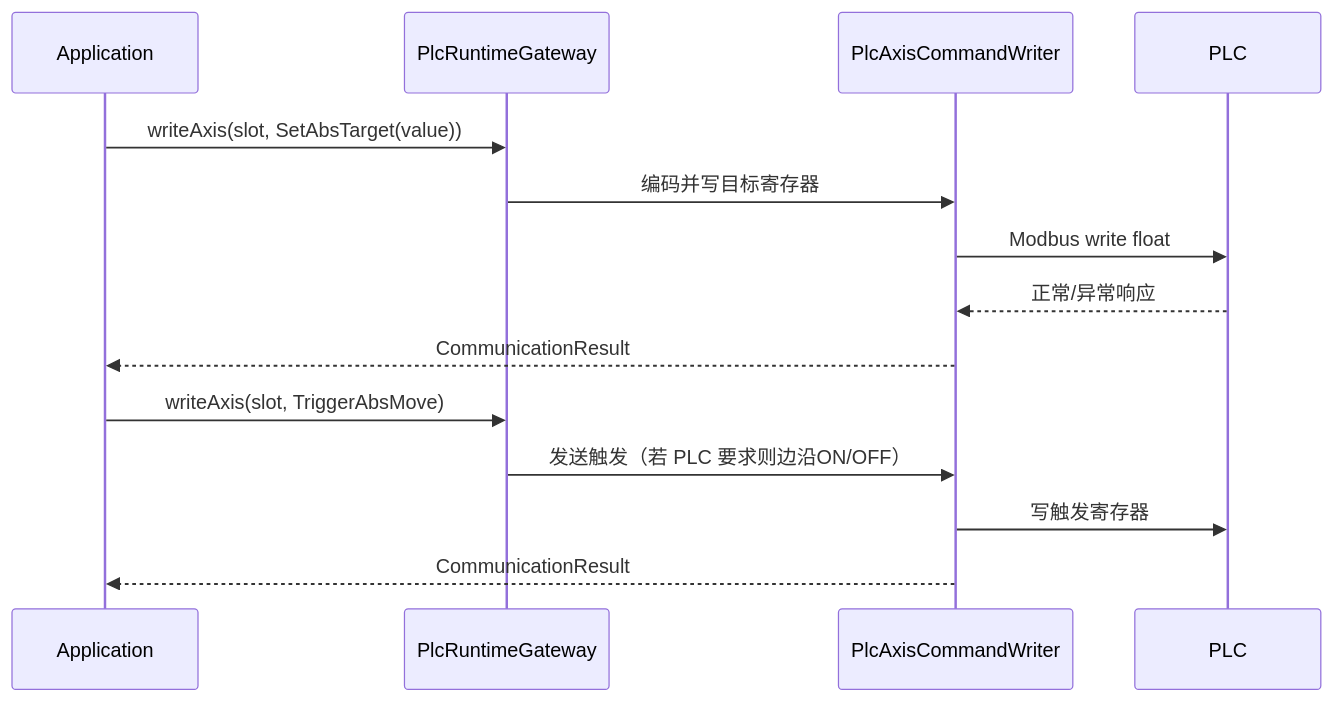
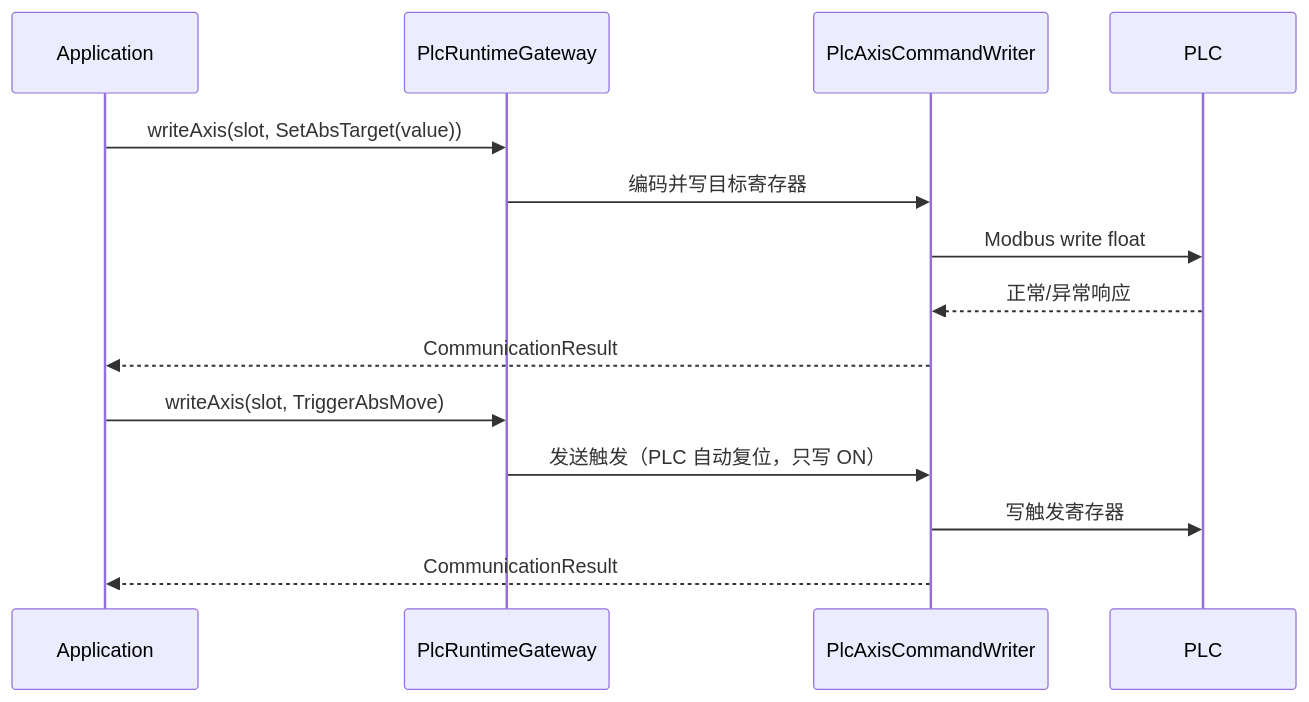
The third of 3 diagrams in docs/refactor/PLC通讯基础设施层重构设计.md (CharlieCRX/servoV6), drawn with Mermaid before and after one commit. The commit also changed other lines of this file and 15 other files, not shown here.

````diff
--- a/docs/refactor/PLC通讯基础设施层重构设计.md
+++ b/docs/refactor/PLC通讯基础设施层重构设计.md
@@ -172,17 +170,17 @@
 ```mermaid
 sequenceDiagram
     participant APP as Application
     participant GW as PlcRuntimeGateway
     participant W as PlcAxisCommandWriter
     participant PLC as PLC
 
     APP->>GW: writeAxis(slot, SetAbsTarget(value))
     GW->>W: 编码并写目标寄存器
     W->>PLC: Modbus write float
     PLC-->>W: 正常/异常响应
     W-->>APP: CommunicationResult
     APP->>GW: writeAxis(slot, TriggerAbsMove)
-    GW->>W: 发送触发（若 PLC 要求则边沿ON/OFF）
+    GW->>W: 发送触发（PLC 自动复位，只写 ON）
     W->>PLC: 写触发寄存器
     W-->>APP: CommunicationResult
 ```
````
